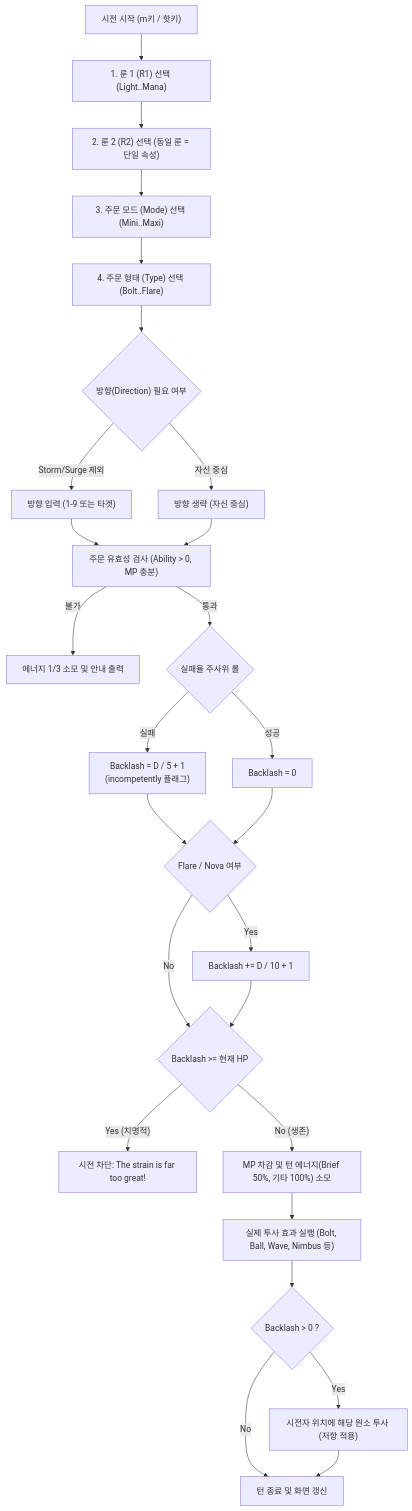
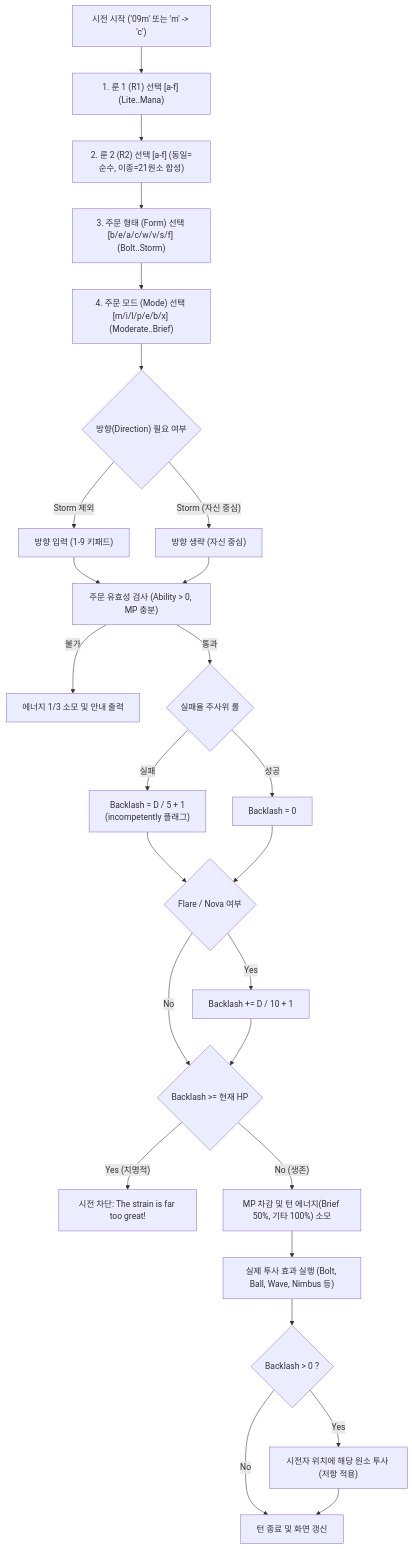
One commit to loverspath/tome238-mobile changed the diagram in docs/tomenet_runecraft_spec.md. Above: the diagram before and after it, drawn with Mermaid. The commit also changed other lines of this file and 2 other files, not shown here.

Commit message:
docs: update tomenet authentic 2-step runecraft combination spec and gameplay docs

````diff
--- a/docs/tomenet_runecraft_spec.md
+++ b/docs/tomenet_runecraft_spec.md
@@ -199,28 +241,28 @@
 ```mermaid
 flowchart TD
-    Start["시전 시작 (m키 / 핫키)"] --> Step1["1. 룬 1 (R1) 선택 (Light..Mana)"]
-    Step1 --> Step2["2. 룬 2 (R2) 선택 (동일 룬 = 단일 속성)"]
-    Step2 --> Step3["3. 주문 모드 (Mode) 선택 (Mini..Maxi)"]
-    Step3 --> Step4["4. 주문 형태 (Type) 선택 (Bolt..Flare)"]
+    Start["시전 시작 ('09m' 또는 'm' -> 'c')"] --> Step1["1. 룬 1 (R1) 선택 [a-f] (Lite..Mana)"]
+    Step1 --> Step2["2. 룬 2 (R2) 선택 [a-f] (동일=순수, 이종=21원소 합성)"]
+    Step2 --> Step3["3. 주문 형태 (Form) 선택 [b/e/a/c/w/v/s/f] (Bolt..Storm)"]
+    Step3 --> Step4["4. 주문 모드 (Mode) 선택 [m/i/l/p/e/b/x] (Moderate..Brief)"]
     Step4 --> CheckDir{"방향(Direction) 필요 여부"}
-    CheckDir -- "Storm/Surge 제외" --> GetDir["방향 입력 (1-9 또는 타겟)"]
-    CheckDir -- "자신 중심" --> DirDone["방향 생략 (자신 중심)"]
+    CheckDir -- "Storm 제외" --> GetDir["방향 입력 (1-9 키패드)"]
+    CheckDir -- "Storm (자신 중심)" --> DirDone["방향 생략 (자신 중심)"]
     GetDir --> Eval["주문 유효성 검사 (Ability > 0, MP 충분)"]
     DirDone --> Eval
     Eval -- "불가" --> Abort["에너지 1/3 소모 및 안내 출력"]
     Eval -- "통과" --> FailRoll{"실패율 주사위 롤"}
     FailRoll -- "실패" --> SetBacklash["Backlash = D / 5 + 1<br>(incompetently 플래그)"]
     FailRoll -- "성공" --> ZeroBacklash["Backlash = 0"]
     SetBacklash --> CheckFlare{"Flare / Nova 여부"}
     ZeroBacklash --> CheckFlare
     CheckFlare -- "Yes" --> AddFlareBacklash["Backlash += D / 10 + 1"]
     CheckFlare -- "No" --> CheckHP{"Backlash >= 현재 HP"}
     AddFlareBacklash --> CheckHP
     CheckHP -- "Yes (치명적)" --> SuicGuard["시전 차단: The strain is far too great!"]
     CheckHP -- "No (생존)" --> Deduct["MP 차감 및 턴 에너지(Brief 50%, 기타 100%) 소모"]
     Deduct --> CastSpell["실제 투사 효과 실행 (Bolt, Ball, Wave, Nimbus 등)"]
     CastSpell --> ProjectBacklash{"Backlash > 0 ?"}
     ProjectBacklash -- "Yes" --> HurtSelf["시전자 위치에 해당 원소 투사 (저항 적용)"]
     ProjectBacklash -- "No" --> EndTurn["턴 종료 및 화면 갱신"]
     HurtSelf --> EndTurn
 ```
````
